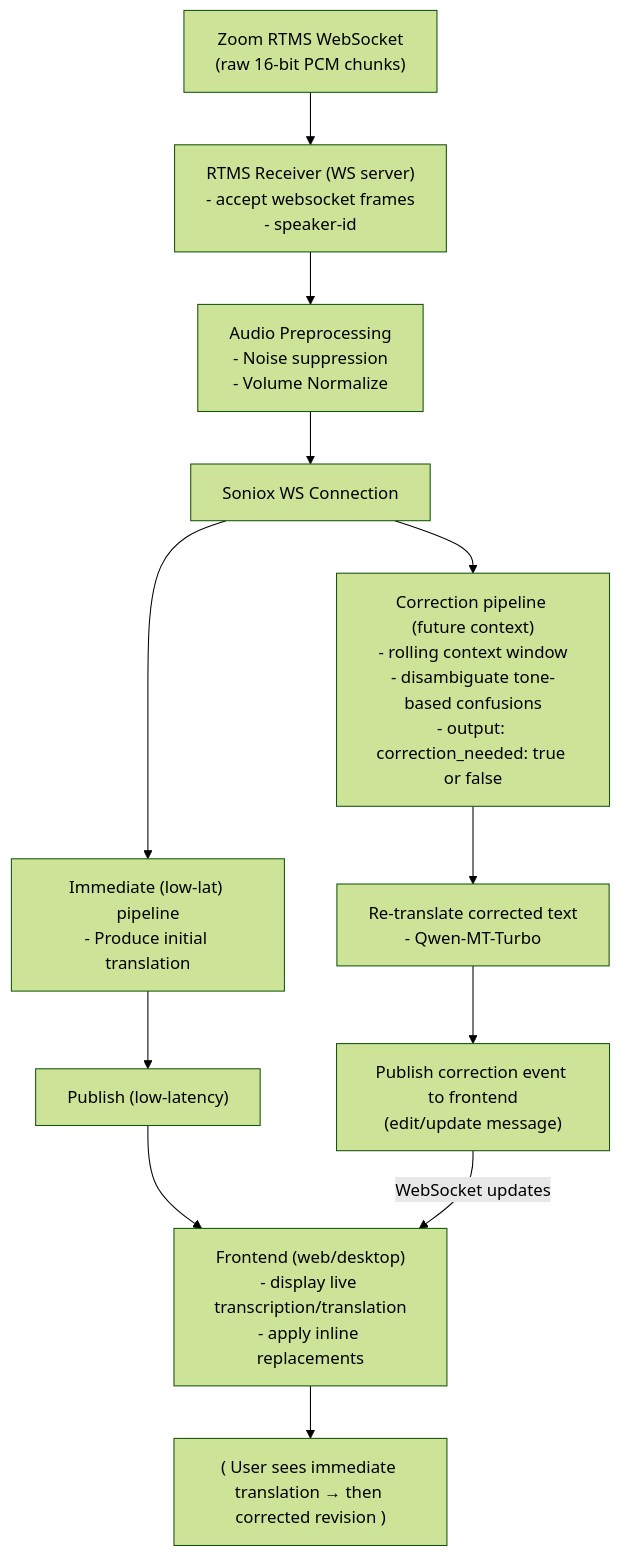
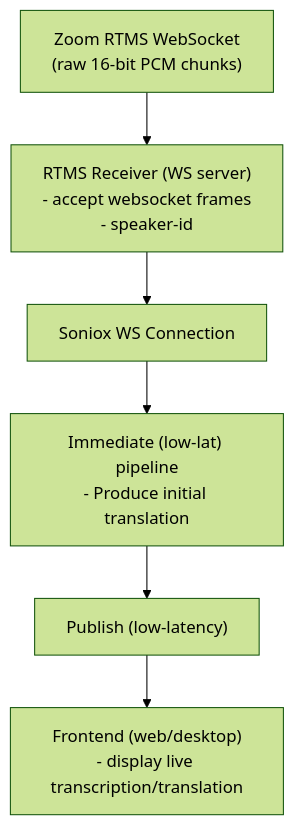
Before and after one commit to jcarpenter-uam/calc-translation: the diagram in README.md, drawn with Mermaid (forest theme). The commit also changed other lines of this file, not shown here.

Commit message:
Simplify project description in README
Removed details about audio preprocessing and correction pipeline for clarity.

````diff
--- a/README.md
+++ b/README.md
@@ -11,18 +11,11 @@
 ```mermaid
 graph TD
     A["Zoom RTMS WebSocket<br>(raw 16-bit PCM chunks)"] --> B["RTMS Receiver (WS server)<br>- accept websocket frames<br>- speaker-id"];
-    B --> C["Audio Preprocessing<br>- Noise suppression<br>- Volume Normalize"];
-    C --> D["Soniox WS Connection"];
+    B --> D["Soniox WS Connection"];
 
     D --> E["Immediate (low-lat) pipeline<br>- Produce initial translation"];
-    D --> F["Correction pipeline (future context)<br>- rolling context window<br>- disambiguate tone-based confusions<br>- output: correction_needed: true or false "];
 
     E --> G["Publish (low-latency)"];
-    F --> H["Re-translate corrected text<br>- Qwen-MT-Turbo"];
-    H --> I["Publish correction event to frontend<br>(edit/update message)"];
 
-    G --> J["Frontend (web/desktop)<br>- display live transcription/translation<br>- apply inline replacements"];
-    I -- "WebSocket updates" --> J;
-
-    J --> K["( User sees immediate translation → then corrected revision )"];
+    G --> J["Frontend (web/desktop)<br>- display live transcription/translation"];
 ```
````
